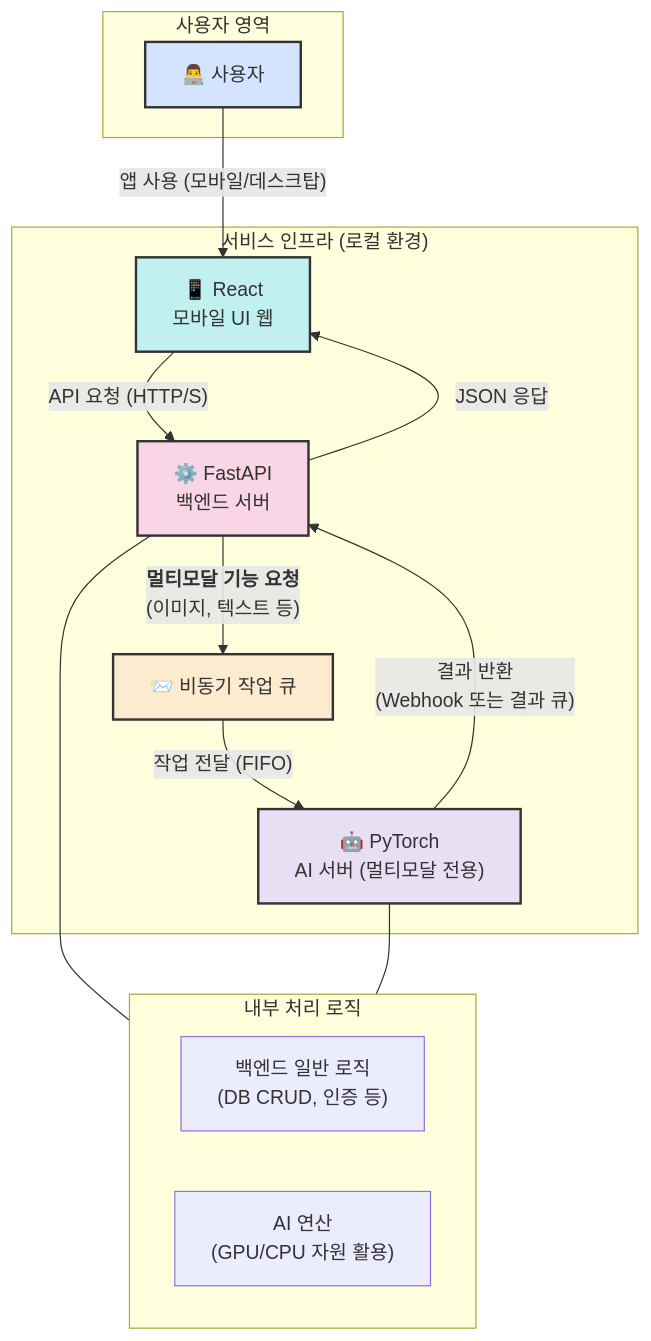
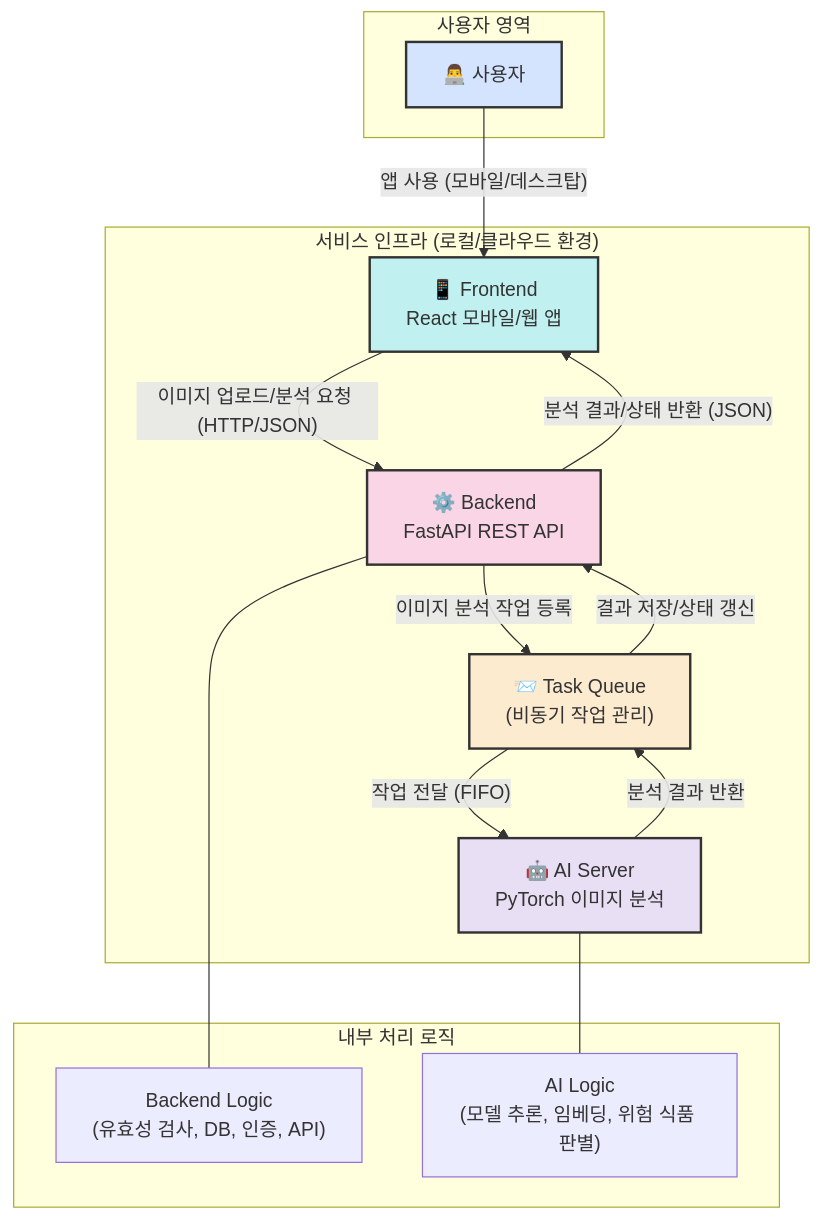
One commit to ShinYoung-hwan/pet-poison-guard changed the diagram in README.md. Above: the diagram before and after it, drawn with Mermaid. The commit also changed other lines of this file, not shown here.

````diff
--- a/README.md
+++ b/README.md
@@ -13,40 +113,37 @@
 ```mermaid
-graph TD
-    subgraph "사용자 영역"
+flowchart TD
+    subgraph 사용자["사용자 영역"]
         User["👨‍💻 사용자"]
     end
 
-    subgraph "서비스 인프라 (로컬 환경)"
-        Frontend["📱 React<br>모바일 UI 웹"]
-        Backend["⚙️ FastAPI<br>백엔드 서버"]
-        TaskQueue["📨 비동기 작업 큐<br>"]
-        AIServer["🤖 PyTorch<br>AI 서버 (멀티모달 전용)"]
+    subgraph Infra["서비스 인프라 (로컬/클라우드 환경)"]
+        FE["📱 Frontend<br>React 모바일/웹 앱"]
+        BE["⚙️ Backend<br>FastAPI REST API"]
+        Queue["📨 Task Queue<br>(비동기 작업 관리)"]
+        AI["🤖 AI Server<br>PyTorch 이미지 분석"]
     end
 
-    %% 데이터 흐름 정의
-    User -- "앱 사용 (모바일/데스크탑)" --> Frontend
-    
-    Frontend -- "API 요청 (HTTP/S)" --> Backend
-    Backend -- "JSON 응답" --> Frontend
-    
-    Backend -- "<b>멀티모달 기능 요청</b><br>(이미지, 텍스트 등)" --> TaskQueue
-    TaskQueue -- "작업 전달 (FIFO)" --> AIServer
-    
-    AIServer -- "결과 반환<br>(Webhook 또는 결과 큐)" --> Backend
-    
-    subgraph "내부 처리 로직"
-      direction LR
-      Backend_Logic["백엔드 일반 로직<br>(DB CRUD, 인증 등)"]
-      AI_Processing["AI 연산<br>(GPU/CPU 자원 활용)"]
-      
-      Backend --- Backend_Logic
-      AIServer --- AI_Processing
+    %% 데이터 흐름
+    User -- "앱 사용 (모바일/데스크탑)" --> FE
+    FE -- "이미지 업로드/분석 요청 (HTTP/JSON)" --> BE
+    BE -- "분석 결과/상태 반환 (JSON)" --> FE
+
+    BE -- "이미지 분석 작업 등록" --> Queue
+    Queue -- "작업 전달 (FIFO)" --> AI
+    AI -- "분석 결과 반환" --> Queue
+    Queue -- "결과 저장/상태 갱신" --> BE
+
+    subgraph Logic["내부 처리 로직"]
+        BE_Logic["Backend Logic<br>(유효성 검사, DB, 인증, API)"]
+        AI_Logic["AI Logic<br>(모델 추론, 임베딩, 위험 식품 판별)"]
+        BE --- BE_Logic
+        AI --- AI_Logic
     end
 
     %% 스타일링
     style User fill:#d4e4ff,stroke:#333,stroke-width:2px
-    style Frontend fill:#c1f0f0,stroke:#333,stroke-width:2px
-    style Backend fill:#f9d5e5,stroke:#333,stroke-width:2px
-    style TaskQueue fill:#fdebd0,stroke:#333,stroke-width:2px
-    style AIServer fill:#e8dff5,stroke:#333,stroke-width:2px
+    style FE fill:#c1f0f0,stroke:#333,stroke-width:2px
+    style BE fill:#f9d5e5,stroke:#333,stroke-width:2px
+    style Queue fill:#fdebd0,stroke:#333,stroke-width:2px
+    style AI fill:#e8dff5,stroke:#333,stroke-width:2px
 ```
````
